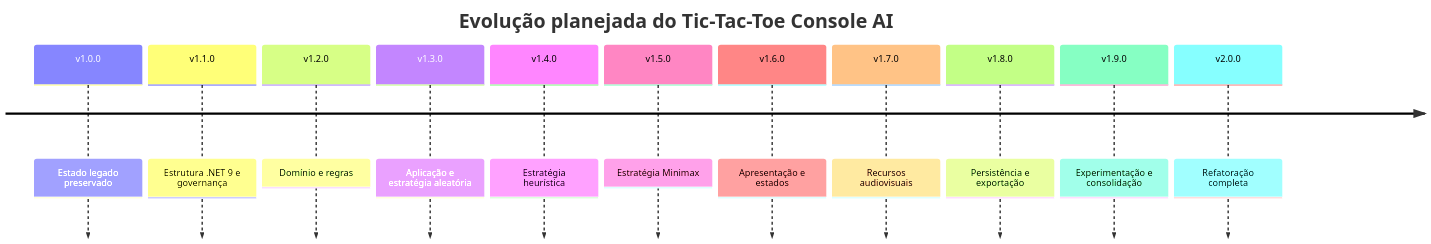
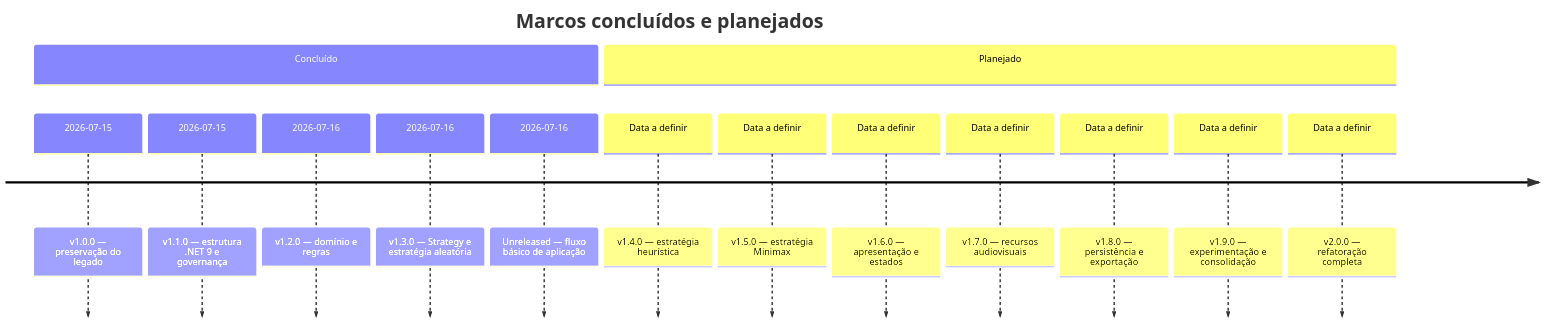
The second of 2 diagrams in docs/00-decisoes-e-escopo.md (m4rc3lo/Tic-Tac-Toe), drawn with Mermaid before and after one commit. The commit also changed other lines of this file and 6 other files, not shown here.

Commit message:
docs(projeto): revisar arquitetura e timeline após prompt 10

````diff
--- a/docs/00-decisoes-e-escopo.md
+++ b/docs/00-decisoes-e-escopo.md
@@ -176,15 +176,18 @@
 ```mermaid
 timeline
-    title Evolução planejada do Tic-Tac-Toe Console AI
-    v1.0.0 : Estado legado preservado
-    v1.1.0 : Estrutura .NET 9 e governança
-    v1.2.0 : Domínio e regras
-    v1.3.0 : Aplicação e estratégia aleatória
-    v1.4.0 : Estratégia heurística
-    v1.5.0 : Estratégia Minimax
-    v1.6.0 : Apresentação e estados
-    v1.7.0 : Recursos audiovisuais
-    v1.8.0 : Persistência e exportação
-    v1.9.0 : Experimentação e consolidação
-    v2.0.0 : Refatoração completa
+    title Marcos concluídos e planejados
+    section Concluído
+        2026-07-15 : v1.0.0 — preservação do legado
+        2026-07-15 : v1.1.0 — estrutura .NET 9 e governança
+        2026-07-16 : v1.2.0 — domínio e regras
+        2026-07-16 : v1.3.0 — Strategy e estratégia aleatória
+        2026-07-16 : Unreleased — fluxo básico de aplicação
+    section Planejado
+        Data a definir : v1.4.0 — estratégia heurística
+        Data a definir : v1.5.0 — estratégia Minimax
+        Data a definir : v1.6.0 — apresentação e estados
+        Data a definir : v1.7.0 — recursos audiovisuais
+        Data a definir : v1.8.0 — persistência e exportação
+        Data a definir : v1.9.0 — experimentação e consolidação
+        Data a definir : v2.0.0 — refatoração completa
 ```
````
